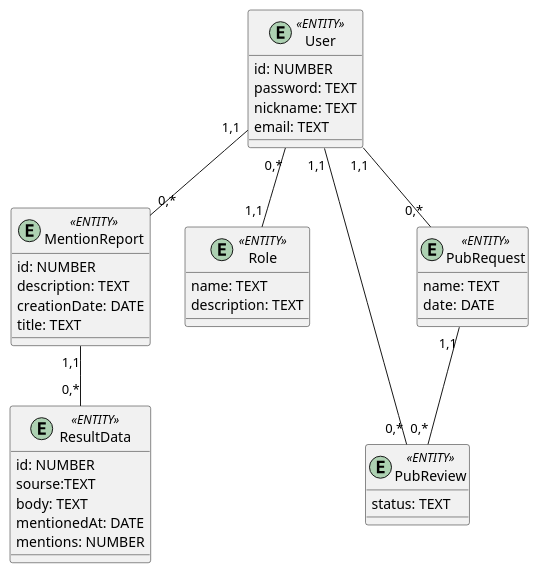
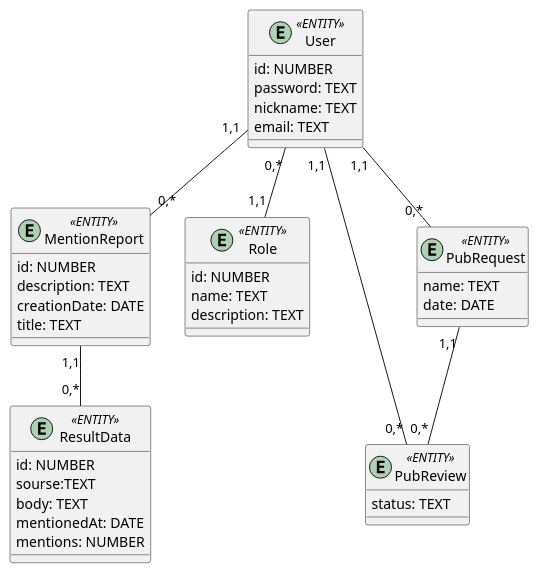
Before and after one commit to bifynok/Media-content-analysis-system_DB: the second of 2 diagrams in docs/design/README.md, drawn with PlantUML.

Commit message:
Add id to role

```diff
--- a/docs/design/README.md
+++ b/docs/design/README.md
@@ -73,47 +73,48 @@
 @startuml
   
 entity ResultData <<ENTITY>> {
     id: NUMBER
     sourse:TEXT
     body: TEXT
     mentionedAt: DATE
     mentions: NUMBER
 }
 
 entity MentionReport <<ENTITY>> {
     id: NUMBER
     description: TEXT
     creationDate: DATE
     title: TEXT
 }
 
 entity User <<ENTITY>> {
     id: NUMBER
     password: TEXT
     nickname: TEXT
     email: TEXT
 }
 
 entity Role <<ENTITY>> {
+    id: NUMBER
     name: TEXT
     description: TEXT
 }
 
 
 entity PubReview <<ENTITY>> {
     status: TEXT
 }
 
 entity PubRequest <<ENTITY>> {
 name: TEXT
 date: DATE
 }
 
 MentionReport "1,1"--"0,*" ResultData
 User "1,1"--"0,*" PubReview
 PubRequest "1,1"--"0,*" PubReview
 User "1,1"--"0,*" PubRequest
 User "1,1"--"0,*" MentionReport
 User "0,*"--"1,1" Role
 
 @enduml
```
